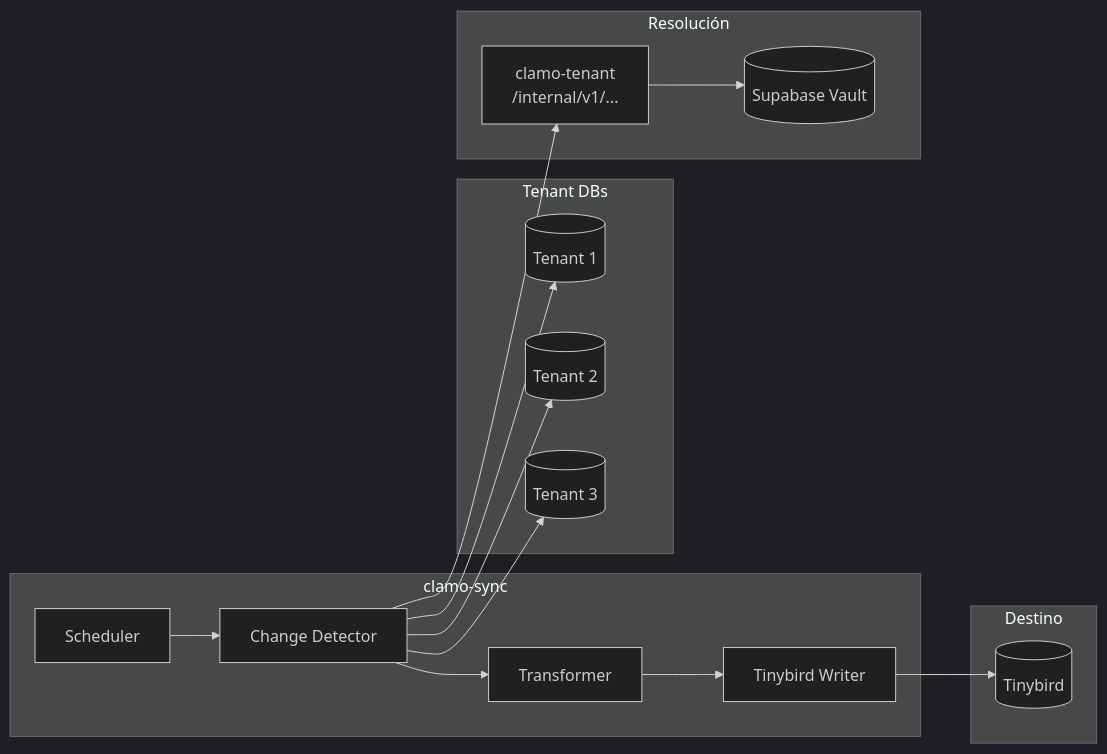
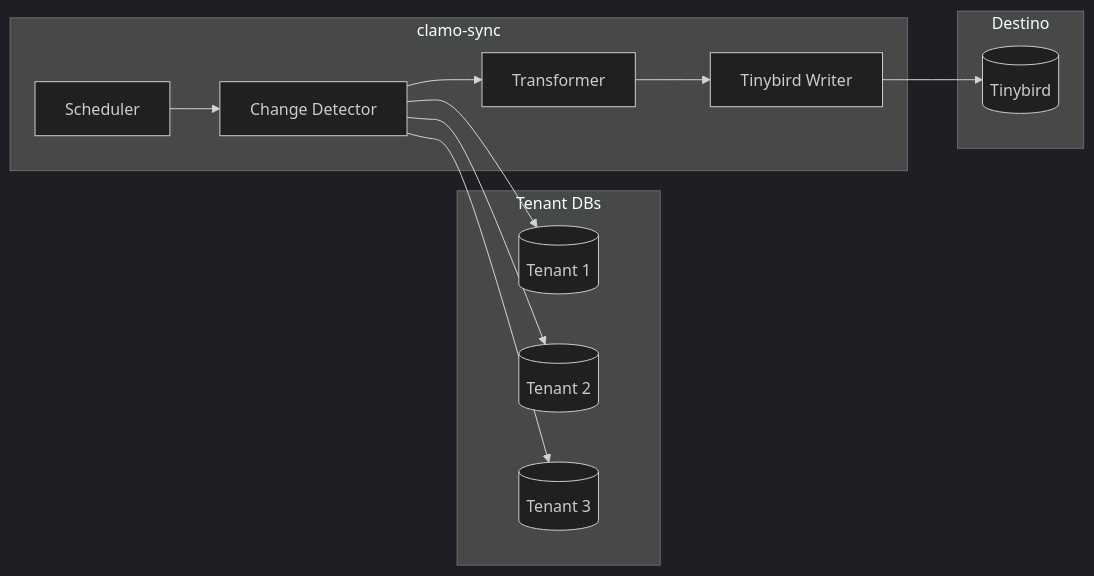
Before and after one commit to GetClamo/docs: the diagram in es/servicios/clamo-sync.mdx, drawn with Mermaid (dark theme). The commit also changed other lines of this file and 93 other files, not shown here.

````diff
--- a/es/servicios/clamo-sync.mdx
+++ b/es/servicios/clamo-sync.mdx
@@ -22,34 +20,27 @@
 ```mermaid
 flowchart LR
     subgraph Sources [Tenant DBs]
         T1[(Tenant 1)]
         T2[(Tenant 2)]
         T3[(Tenant 3)]
     end
-    
+
     subgraph Sync [clamo-sync]
         Scheduler[Scheduler]
         ChangeDetector[Change Detector]
         Transformer[Transformer]
         TinybirdWriter[Tinybird Writer]
     end
-    
-    subgraph Resolution [Resolución]
-        TenantSDK[clamo-tenant<br/>/internal/v1/...]
-        Vault[(Supabase Vault)]
-    end
-    
+
     subgraph Destination [Destino]
         Tinybird[(Tinybird)]
     end
-    
+
     Scheduler --> ChangeDetector
-    ChangeDetector --> TenantSDK
-    TenantSDK --> Vault
     ChangeDetector --> T1
     ChangeDetector --> T2
     ChangeDetector --> T3
     ChangeDetector --> Transformer
     Transformer --> TinybirdWriter
     TinybirdWriter --> Tinybird
 ```
````
